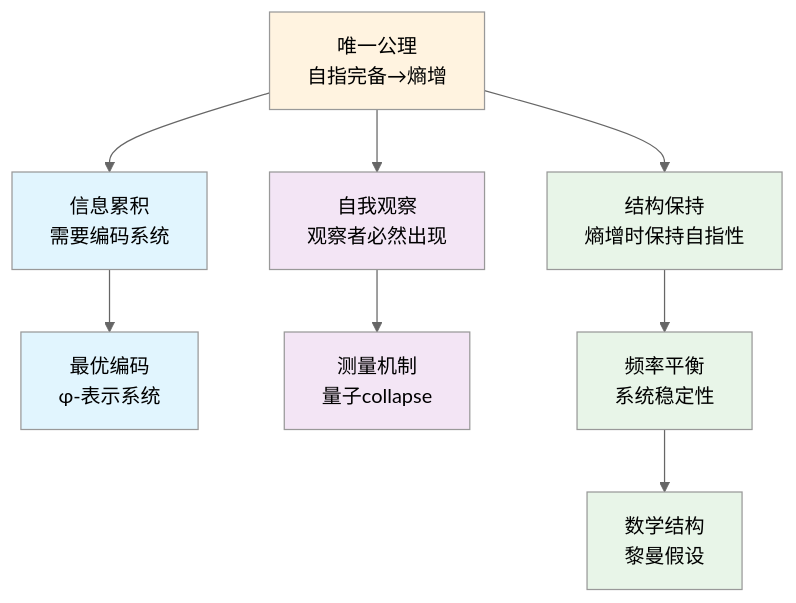
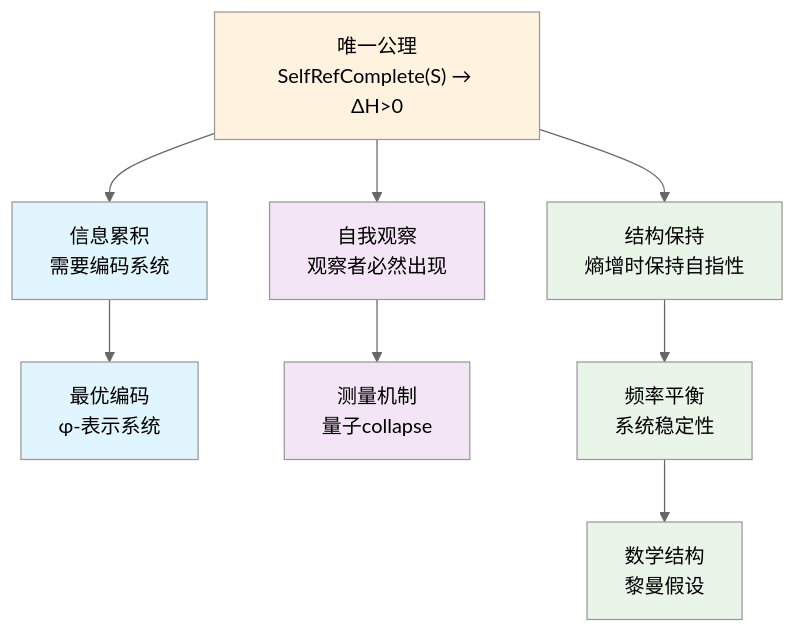
One commit to loning/the-binarymath changed the diagram in docs/genesis-unified-theory.md. Above: the diagram before and after it, drawn with Mermaid (neutral theme). The commit also changed other lines of this file, not shown here.

````diff
--- a/docs/genesis-unified-theory.md
+++ b/docs/genesis-unified-theory.md
@@ -54,19 +95,19 @@
 ```mermaid
 graph TD
-    A["唯一公理<br/>自指完备→熵增"] --> B["信息累积<br/>需要编码系统"]
+    A["唯一公理<br/>SelfRefComplete(S) → ΔH>0"] --> B["信息累积<br/>需要编码系统"]
     B --> C["最优编码<br/>φ-表示系统"]
     A --> D["自我观察<br/>观察者必然出现"]
     D --> E["测量机制<br/>量子collapse"]
     A --> H["结构保持<br/>熵增时保持自指性"]
     H --> F["频率平衡<br/>系统稳定性"]
     F --> G["数学结构<br/>黎曼假设"]
 
     style A fill:#fff3e0
     style B fill:#e1f5fe
     style C fill:#e1f5fe
     style D fill:#f3e5f5
     style E fill:#f3e5f5
     style H fill:#e8f5e8
     style F fill:#e8f5e8
     style G fill:#e8f5e8
 ```
````
